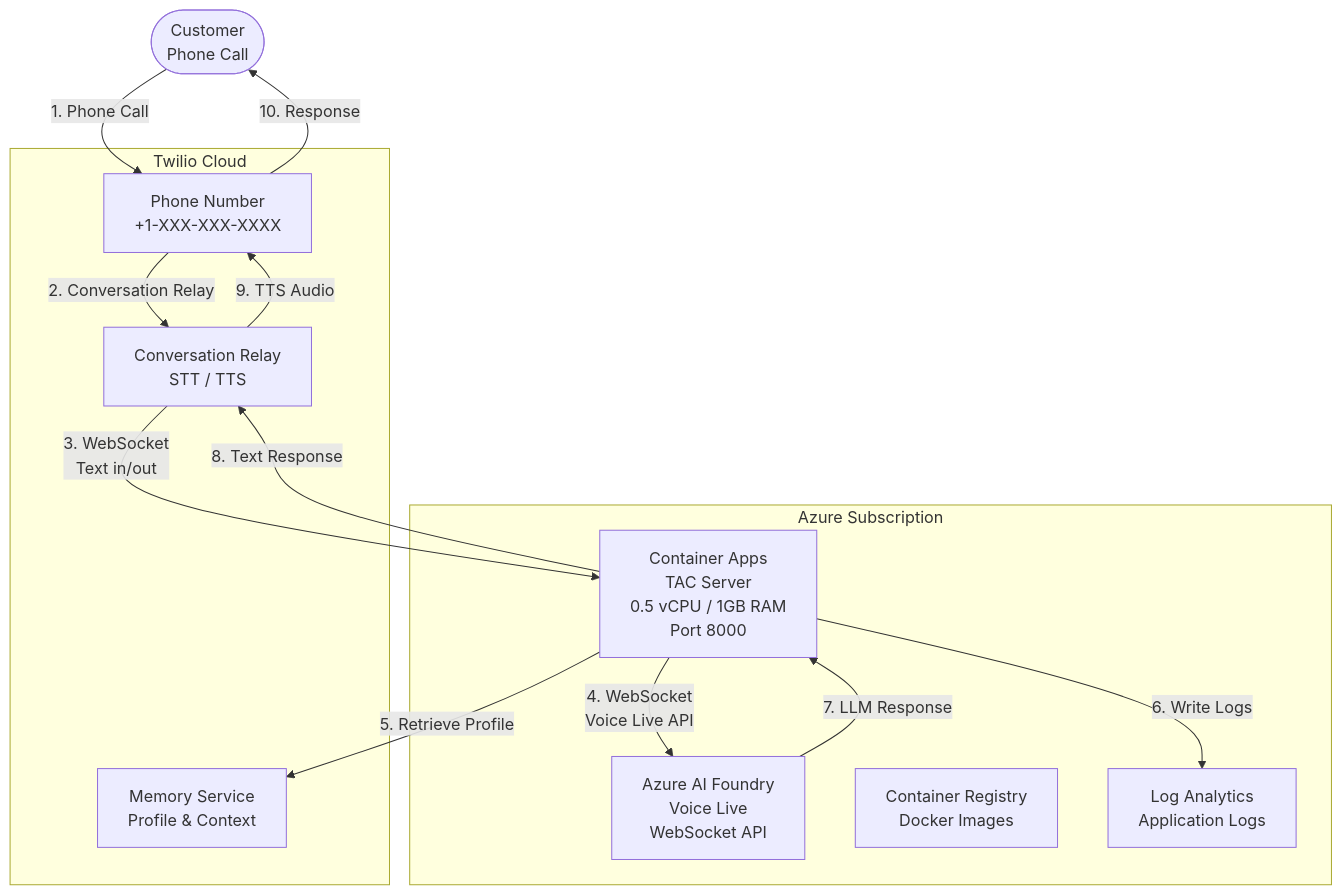
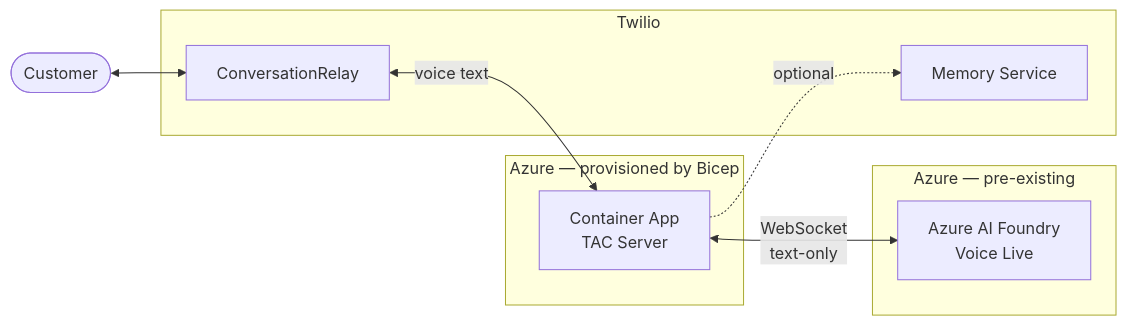
The diagram in deploy/voice_live_container_apps/README.md (twilio/twilio-agent-connect-microsoft), drawn with Mermaid before and after one commit. The commit also changed other lines of this file and 4 other files, not shown here.

First line of the commit message:
docs: Fix endpoint examples and simplify architecture diagrams

````diff
--- a/deploy/voice_live_container_apps/README.md
+++ b/deploy/voice_live_container_apps/README.md
@@ -27,28 +29,22 @@
 ```mermaid
-graph TB
-    Customer([Customer<br/>Phone Call])
+graph LR
+    Customer([Customer])
 
-    subgraph Twilio["Twilio Cloud"]
-        Phone[Phone Number<br/>+1-XXX-XXX-XXXX]
-        CRelay[Conversation Relay<br/>STT / TTS]
-        Memory[Memory Service<br/>Profile & Context]
+    subgraph Twilio["Twilio"]
+        CRelay[ConversationRelay]
+        Memory[Memory Service]
     end
 
-    subgraph Azure["Azure Subscription"]
-        CA[Container Apps<br/>TAC Server<br/>0.5 vCPU / 1GB RAM<br/>Port 8000]
-        VoiceLive[Azure AI Foundry<br/>Voice Live<br/>WebSocket API]
-        ACR[Container Registry<br/>Docker Images]
-        Logs[Log Analytics<br/>Application Logs]
+    subgraph Bicep["Azure — provisioned by Bicep"]
+        CA[Container App<br/>TAC Server]
     end
 
-    Customer -->|1. Phone Call| Phone
-    Phone -->|2. Conversation Relay| CRelay
-    CRelay -->|3. WebSocket<br/>Text in/out| CA
-    CA -->|4. WebSocket<br/>Voice Live API| VoiceLive
-    CA -->|5. Retrieve Profile| Memory
-    CA -->|6. Write Logs| Logs
-    VoiceLive -->|7. LLM Response| CA
-    CA -->|8. Text Response| CRelay
-    CRelay -->|9. TTS Audio| Phone
-    Phone -->|10. Response| Customer
+    subgraph Existing["Azure — pre-existing"]
+        VoiceLive[Azure AI Foundry<br/>Voice Live]
+    end
+
+    Customer <--> CRelay
+    CRelay <-->|voice text| CA
+    CA <-->|WebSocket<br/>text-only| VoiceLive
+    CA -.->|optional| Memory
 ```
````
